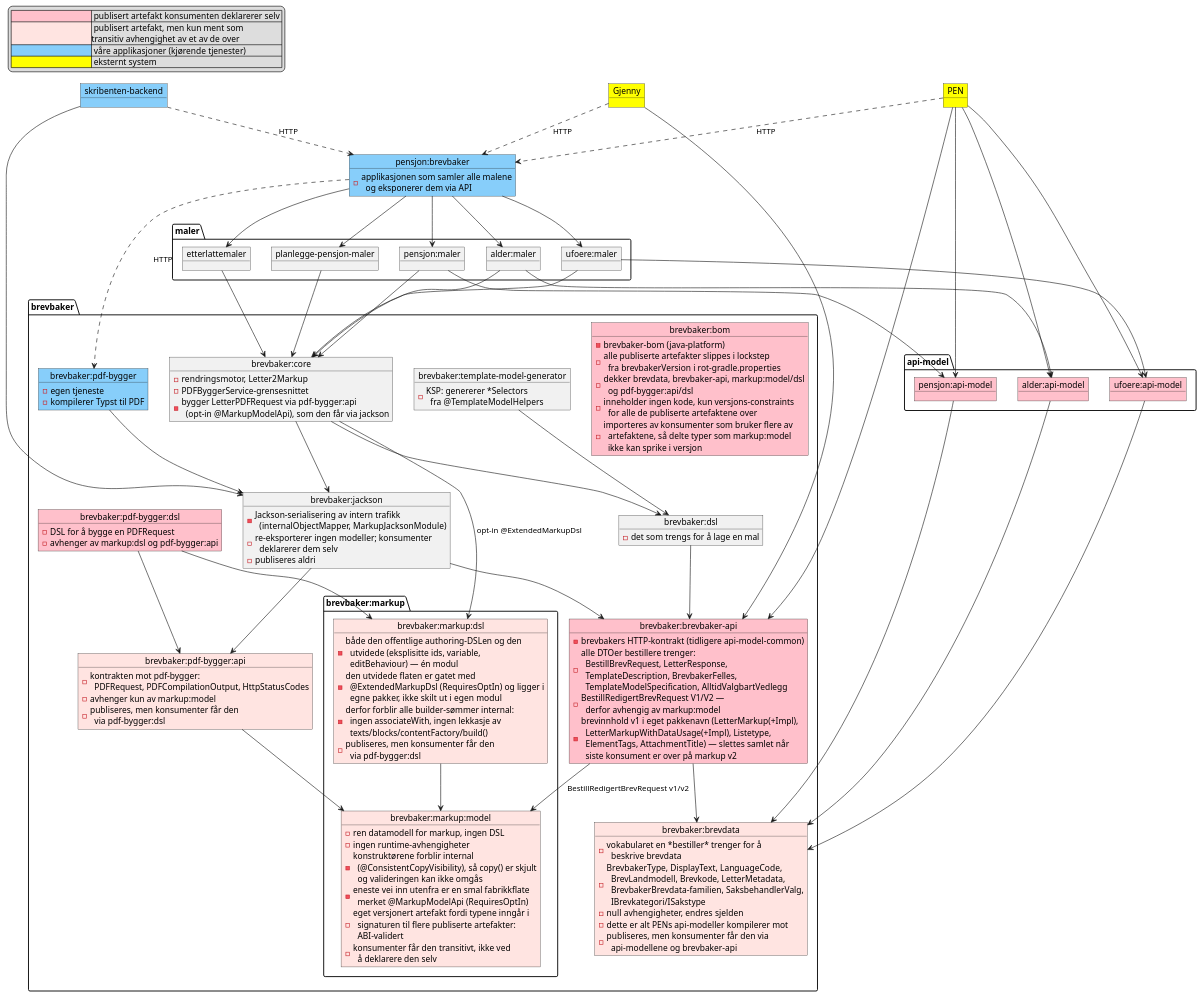
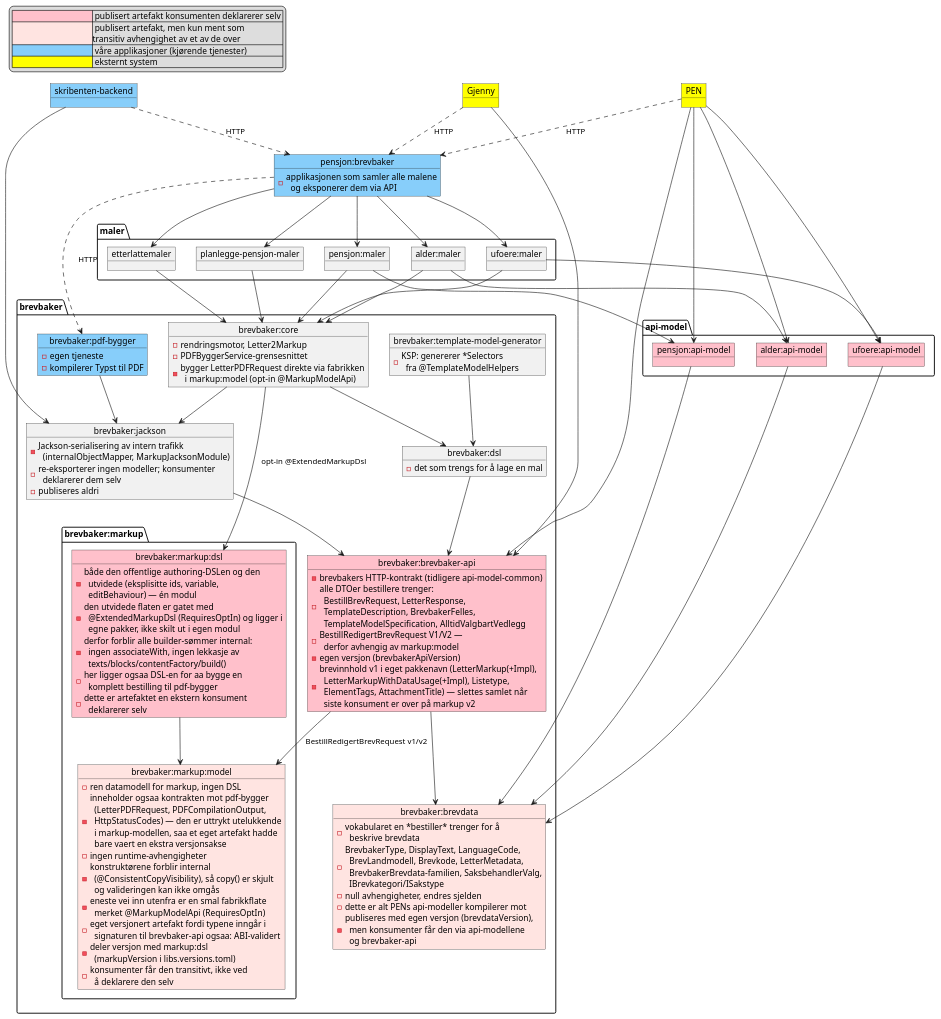
One commit to navikt/pensjonsbrev changed the diagram in docs/modules/ROOT/examples/moduldiagram.puml. Above: the diagram before and after it, drawn with PlantUML. The commit also changed 32 other files, not shown here.

```diff
--- a/docs/modules/ROOT/examples/moduldiagram.puml
+++ b/docs/modules/ROOT/examples/moduldiagram.puml
@@ -1,150 +1,134 @@
 @startuml
 
 legend top left
   |<#pink><color:#pink>WWWWWWWWWW</color> | publisert artefakt konsumenten deklarerer selv |
   |<#mistyrose><color:#mistyrose>WWWWWWWWWW</color> | publisert artefakt, men kun ment som\ntransitiv avhengighet av et av de over |
   |<#lightskyblue><color:#lightskyblue>WWWWWWWWWW</color> | våre applikasjoner (kjørende tjenester) |
   |<#yellow><color:#yellow>WWWWWWWWWW</color> | eksternt system |
 endlegend
 
 package "brevbaker" {
 
   object "brevbaker:brevdata" as brevdata #mistyrose
   brevdata : - vokabularet en *bestiller* trenger for å\n  beskrive brevdata
   brevdata : - BrevbakerType, DisplayText, LanguageCode,\n  BrevLandmodell, Brevkode, LetterMetadata,\n  BrevbakerBrevdata-familien, SaksbehandlerValg,\n  IBrevkategori/ISakstype
   brevdata : - null avhengigheter, endres sjelden
   brevdata : - dette er alt PENs api-modeller kompilerer mot
-  brevdata : - publiseres, men konsumenter får den via\n  api-modellene og brevbaker-api
+  brevdata : - publiseres med egen versjon (brevdataVersion),\n  men konsumenter får den via api-modellene\n  og brevbaker-api
 
   object "brevbaker:brevbaker-api" as brevbakerapi #pink
   brevbakerapi : - brevbakers HTTP-kontrakt (tidligere api-model-common)
   brevbakerapi : - alle DTOer bestillere trenger:\n  BestillBrevRequest, LetterResponse,\n  TemplateDescription, BrevbakerFelles,\n  TemplateModelSpecification, AlltidValgbartVedlegg
   brevbakerapi : - BestillRedigertBrevRequest V1/V2 —\n  derfor avhengig av markup:model
+  brevbakerapi : - egen versjon (brevbakerApiVersion)
   brevbakerapi : - brevinnhold v1 i eget pakkenavn (LetterMarkup(+Impl),\n  LetterMarkupWithDataUsage(+Impl), Listetype,\n  ElementTags, AttachmentTitle) — slettes samlet når\n  siste konsument er over på markup v2
 
   package "brevbaker:markup" {
     object "brevbaker:markup:model" as markupModel #mistyrose
     markupModel : - ren datamodell for markup, ingen DSL
+    markupModel : - inneholder ogsaa kontrakten mot pdf-bygger\n  (LetterPDFRequest, PDFCompilationOutput,\n  HttpStatusCodes) — den er uttrykt utelukkende\n  i markup-modellen, saa et eget artefakt hadde\n  bare vaert en ekstra versjonsakse
     markupModel : - ingen runtime-avhengigheter
     markupModel : - konstruktørene forblir internal\n  (@ConsistentCopyVisibility), så copy() er skjult\n  og valideringen kan ikke omgås
     markupModel : - eneste vei inn utenfra er en smal fabrikkflate\n  merket @MarkupModelApi (RequiresOptIn)
-    markupModel : - eget versjonert artefakt fordi typene inngår i\n  signaturen til flere publiserte artefakter:\n  ABI-validert
+    markupModel : - eget versjonert artefakt fordi typene inngår i\n  signaturen til brevbaker-api ogsaa: ABI-validert
+    markupModel : - deler versjon med markup:dsl\n  (markupVersion i libs.versions.toml)
     markupModel : - konsumenter får den transitivt, ikke ved\n  å deklarere den selv
 
-    object "brevbaker:markup:dsl" as markupDsl #mistyrose
+    object "brevbaker:markup:dsl" as markupDsl #pink
     markupDsl : - både den offentlige authoring-DSLen og den\n  utvidede (eksplisitte ids, variable,\n  editBehaviour) — én modul
     markupDsl : - den utvidede flaten er gatet med\n  @ExtendedMarkupDsl (RequiresOptIn) og ligger i\n  egne pakker, ikke skilt ut i egen modul
     markupDsl : - derfor forblir alle builder-sømmer internal:\n  ingen associateWith, ingen lekkasje av\n  texts/blocks/contentFactory/build()
-    markupDsl : - publiseres, men konsumenter får den\n  via pdf-bygger:dsl
+    markupDsl : - her ligger ogsaa DSL-en for aa bygge en\n  komplett bestilling til pdf-bygger
+    markupDsl : - dette er artefaktet en ekstern konsument\n  deklarerer selv
   }
-
-  object "brevbaker:bom" as bom #pink
-  bom : - brevbaker-bom (java-platform)
-  bom : - alle publiserte artefakter slippes i lockstep\n  fra brevbakerVersion i rot-gradle.properties
-  bom : - dekker brevdata, brevbaker-api, markup:model/dsl\n  og pdf-bygger:api/dsl
-  bom : - inneholder ingen kode, kun versjons-constraints\n  for alle de publiserte artefaktene over
-  bom : - importeres av konsumenter som bruker flere av\n  artefaktene, så delte typer som markup:model\n  ikke kan sprike i versjon
 
   object "brevbaker:jackson" as jackson
   jackson : - Jackson-serialisering av intern trafikk\n  (internalObjectMapper, MarkupJacksonModule)
   jackson : - re-eksporterer ingen modeller; konsumenter\n  deklarerer dem selv
   jackson : - publiseres aldri
 
   object "brevbaker:dsl" as dsl
   dsl : - det som trengs for å lage en mal
 
   object "brevbaker:core" as core
   core : - rendringsmotor, Letter2Markup
   core : - PDFByggerService-grensesnittet
-  core : - bygger LetterPDFRequest via pdf-bygger:api\n  (opt-in @MarkupModelApi), som den får via jackson
+  core : - bygger LetterPDFRequest direkte via fabrikken\n  i markup:model (opt-in @MarkupModelApi)
 
   object "brevbaker:template-model-generator" as tmg
   tmg : - KSP: genererer *Selectors\n  fra @TemplateModelHelpers
-
-  object "brevbaker:pdf-bygger:api" as pdfbyggerApi #mistyrose
-  pdfbyggerApi : - kontrakten mot pdf-bygger:\n  PDFRequest, PDFCompilationOutput, HttpStatusCodes
-  pdfbyggerApi : - avhenger kun av markup:model
-  pdfbyggerApi : - publiseres, men konsumenter får den\n  via pdf-bygger:dsl
-
-  object "brevbaker:pdf-bygger:dsl" as pdfbyggerDsl #pink
-  pdfbyggerDsl : - DSL for å bygge en PDFRequest
-  pdfbyggerDsl : - avhenger av markup:dsl og pdf-bygger:api
 
   object "brevbaker:pdf-bygger" as pdfbygger #lightskyblue
   pdfbygger : - egen tjeneste
   pdfbygger : - kompilerer Typst til PDF
 }
 
 package "maler" {
   object "pensjon:maler" as pensjonsmalene
   object "alder:maler" as aldersmalene
   object "ufoere:maler" as ufoeremalene
   object "etterlattemaler" as etterlatte
   object "planlegge-pensjon-maler" as planlegge
 }
 
 package "api-model" {
   object "pensjon:api-model" as pensjonapimodel #pink
   object "alder:api-model" as alderapimodel #pink
   object "ufoere:api-model" as ufoereapimodel #pink
 }
 
 object "pensjon:brevbaker" as brevbakerApp #lightskyblue
 brevbakerApp : - applikasjonen som samler alle malene\n  og eksponerer dem via API
 
 object "skribenten-backend" as skribenten #lightskyblue
 object PEN #yellow
 object Gjenny #yellow
 
 ' brevbaker-modulene
 markupDsl --> markupModel
 brevbakerapi --> brevdata
 brevbakerapi --> markupModel : BestillRedigertBrevRequest v1/v2
-pdfbyggerApi --> markupModel
-pdfbyggerDsl --> markupDsl
-pdfbyggerDsl --> pdfbyggerApi
 jackson --> brevbakerapi
-jackson --> pdfbyggerApi
 dsl --> brevbakerapi
 core --> dsl
 core --> jackson
 core --> markupDsl : opt-in @ExtendedMarkupDsl
 tmg --> dsl
 pdfbygger --> jackson
 
 ' malmoduler
 pensjonsmalene --> core
 aldersmalene --> core
 ufoeremalene --> core
 etterlatte --> core
 planlegge --> core
 
 pensjonsmalene --> pensjonapimodel
 aldersmalene --> alderapimodel
 ufoeremalene --> ufoereapimodel
 
 pensjonapimodel --> brevdata
 alderapimodel --> brevdata
 ufoereapimodel --> brevdata
 
 ' applikasjonen
 brevbakerApp --> pensjonsmalene
 brevbakerApp --> aldersmalene
 brevbakerApp --> ufoeremalene
 brevbakerApp --> etterlatte
 brevbakerApp --> planlegge
 brevbakerApp ..> pdfbygger : HTTP
 PEN ..> brevbakerApp : HTTP
 Gjenny ..> brevbakerApp : HTTP
 skribenten ..> brevbakerApp : HTTP
 
 
 ' konsumenter
 skribenten --> jackson
 PEN --> pensjonapimodel
 PEN --> alderapimodel
 PEN --> ufoereapimodel
 PEN --> brevbakerapi
 Gjenny --> brevbakerapi
 
 @enduml
```
